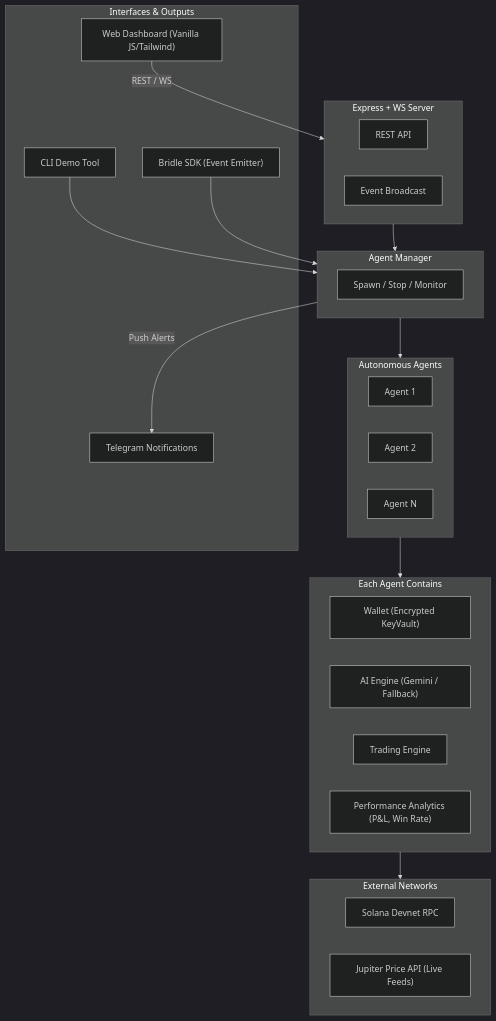
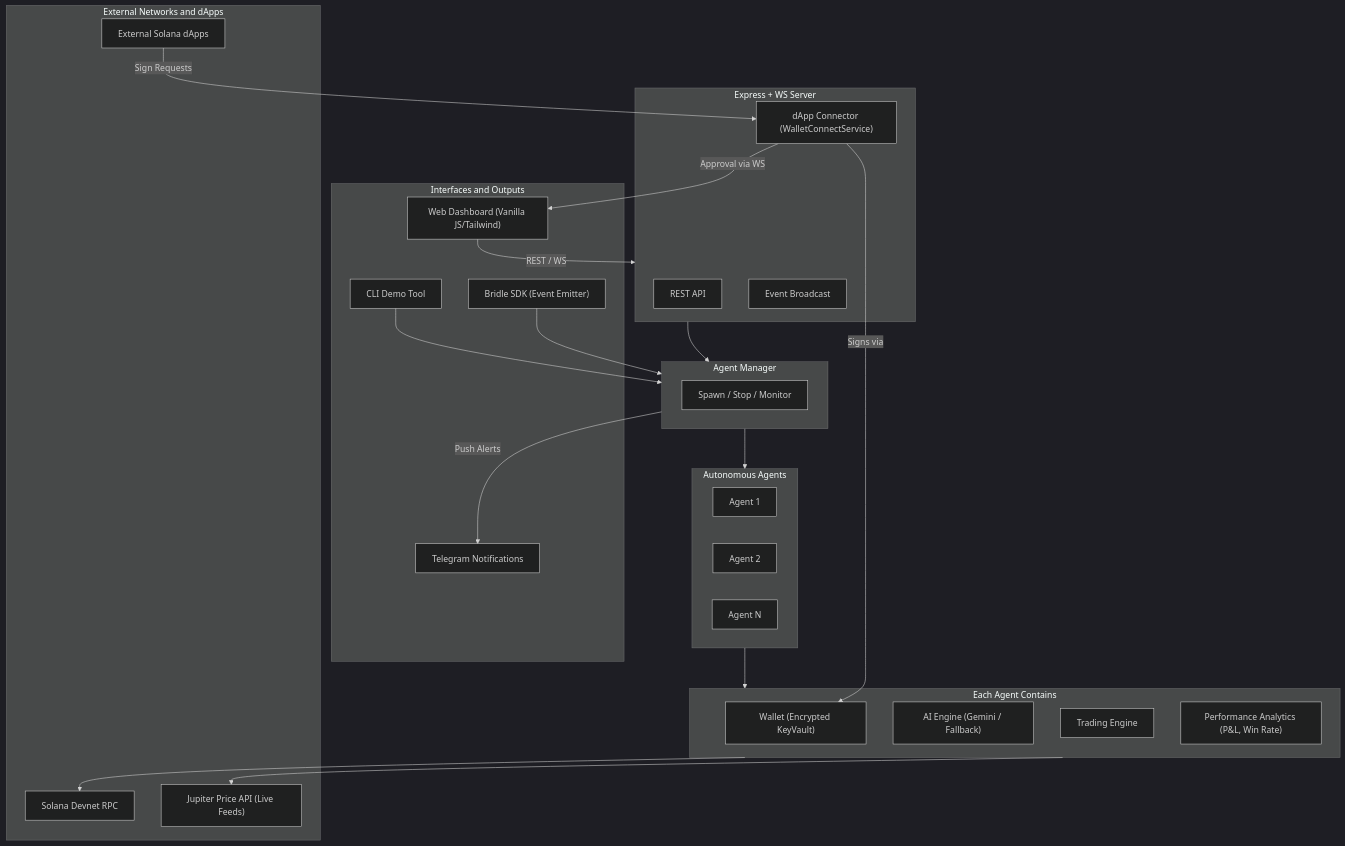
The diagram in README.md (thetruesammyjay/bridle), drawn with Mermaid (dark theme) before and after one commit. The commit also changed other lines of this file and 2 other files, not shown here.

Commit message:
docs: update SKILLS.md, DEEP_DIVE.md, README.md with WalletConnect dApp Connector feature and updated Mermaid diagrams

````diff
--- a/README.md
+++ b/README.md
@@ -53,45 +53,51 @@
 ```mermaid
 graph TB
-    subgraph Interfaces["Interfaces & Outputs"]
+    subgraph Interfaces["Interfaces and Outputs"]
         UI["Web Dashboard (Vanilla JS/Tailwind)"]
         CLI["CLI Demo Tool"]
         TG["Telegram Notifications"]
         SDK["Bridle SDK (Event Emitter)"]
     end
 
     subgraph Server["Express + WS Server"]
         API["REST API"]
         WS["Event Broadcast"]
+        WCS["dApp Connector (WalletConnectService)"]
     end
 
     subgraph Manager["Agent Manager"]
         AM["Spawn / Stop / Monitor"]
     end
 
     subgraph Agents["Autonomous Agents"]
         A1["Agent 1"]
         A2["Agent 2"]
         AN["Agent N"]
     end
 
     subgraph AgentInternals["Each Agent Contains"]
         W["Wallet (Encrypted KeyVault)"]
         AI["AI Engine (Gemini / Fallback)"]
         TE["Trading Engine"]
         ANLY["Performance Analytics (P&L, Win Rate)"]
     end
 
-    subgraph Blockchain["External Networks"]
+    subgraph External["External Networks and dApps"]
         RPC["Solana Devnet RPC"]
         JUP["Jupiter Price API (Live Feeds)"]
+        DAPP["External Solana dApps"]
     end
 
     UI -->|REST / WS| Server
     CLI --> Manager
     SDK --> Manager
     Server --> Manager
     Manager --> Agents
     Manager -->|Push Alerts| TG
     Agents --> AgentInternals
-    AgentInternals --> Blockchain
+    AgentInternals --> RPC
+    AgentInternals --> JUP
+    DAPP -->|Sign Requests| WCS
+    WCS -->|Approval via WS| UI
+    WCS -->|Signs via| W
 ```
````
